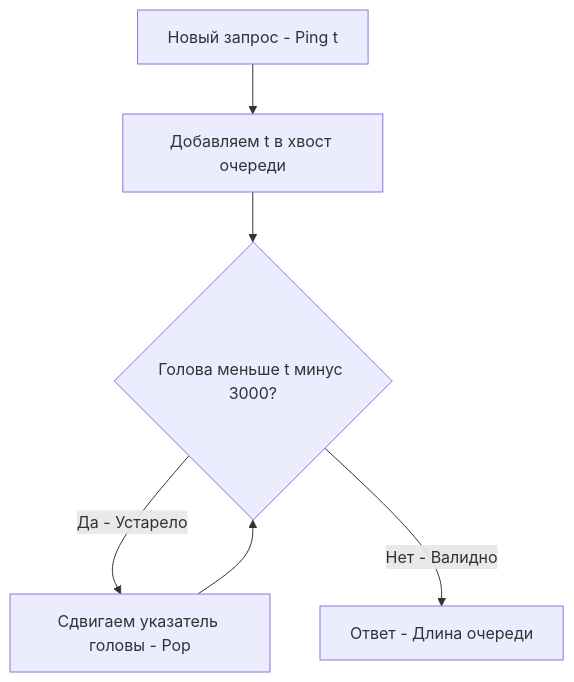
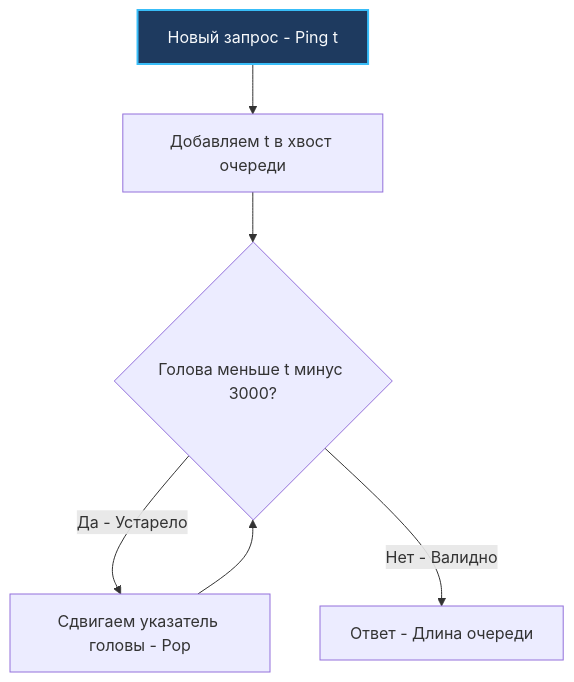
One commit to UnrealTemplier/go-textbook changed the diagram in sources/21. Задачи с LeetCode и собеседований на Go/02. Задачи/07. Очередь/5. Number of Recent Calls.md. Above: the diagram before and after it, drawn with Mermaid. The commit also changed 1666 other files, not shown here.

First line of the commit message:
feat(mermaid): add semantic color classDef to 1369 colorless flowchart/graph diagrams

````diff
--- a/sources/21. Задачи с LeetCode и собеседований на Go/02. Задачи/07. Очередь/5. Number of Recent Calls.md
+++ b/sources/21. Задачи с LeetCode и собеседований на Go/02. Задачи/07. Очередь/5. Number of Recent Calls.md
@@ -21,10 +21,20 @@
 ```mermaid
 flowchart TD
-    Ping["Новый запрос - Ping t"] --> Push["Добавляем t в хвост очереди"]
+    classDef process  fill:#1e293b,stroke:#38bdf8,stroke-width:1px,color:#f8fafc
+    classDef success  fill:#064e3b,stroke:#34d399,stroke-width:1px,color:#f8fafc
+    classDef error    fill:#7f1d1d,stroke:#f87171,stroke-width:1px,color:#f8fafc
+    classDef warning  fill:#78350f,stroke:#fbbf24,stroke-width:1px,color:#f8fafc
+    classDef entry    fill:#1e3a5f,stroke:#38bdf8,stroke-width:2px,color:#f8fafc
+    classDef aux      fill:#334155,stroke:#64748b,stroke-width:1px,color:#f8fafc
+    classDef system   fill:#312e81,stroke:#a78bfa,stroke-width:1px,color:#f8fafc
+    classDef data     fill:#132d29,stroke:#2dd4bf,stroke-width:1px,color:#f8fafc
+    classDef network  fill:#881337,stroke:#fb7185,stroke-width:1px,color:#f8fafc
+    classDef accent   fill:#1e1b4b,stroke:#818cf8,stroke-width:1px,color:#f8fafc
+    Ping["Новый запрос - Ping t"]:::entry --> Push["Добавляем t в хвост очереди"]
     Push --> CheckHead{"Голова меньше t минус 3000?"}
     
     CheckHead -->|"Да - Устарело"| Pop["Сдвигаем указатель головы - Pop"]
     Pop --> CheckHead
     
     CheckHead -->|"Нет - Валидно"| Return["Ответ - Длина очереди"]
 ```
````
